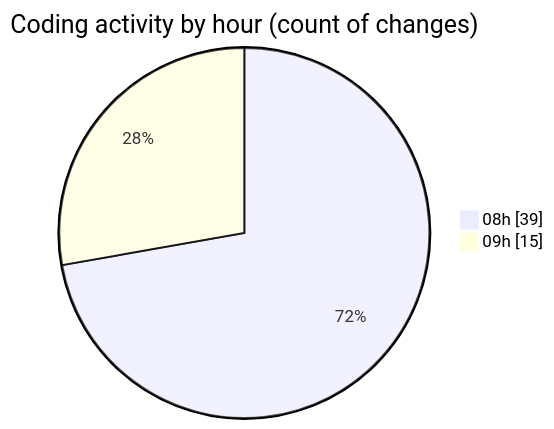
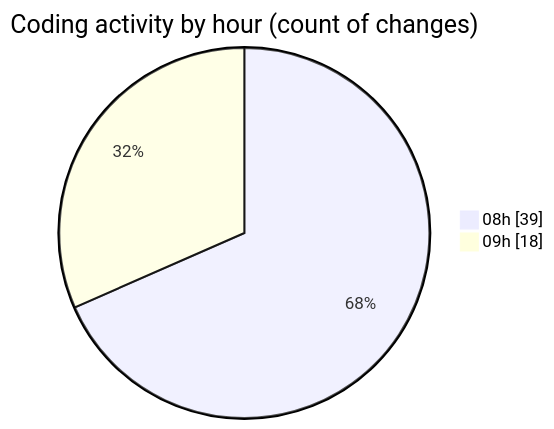
Before and after one commit to CELIANVF/code-tracking: the second of 2 diagrams in 2025-05-16/ecodeli-1/README.md, drawn with Mermaid. The commit also changed other lines of this file and 1 other file, not shown here.

````diff
--- a/2025-05-16/ecodeli-1/README.md
+++ b/2025-05-16/ecodeli-1/README.md
@@ -51,6 +52,6 @@
 ```mermaid
 pie showData
 title Coding activity by hour (count of changes)
 "08h" : 39
-"09h" : 15
+"09h" : 18
 ```
````
